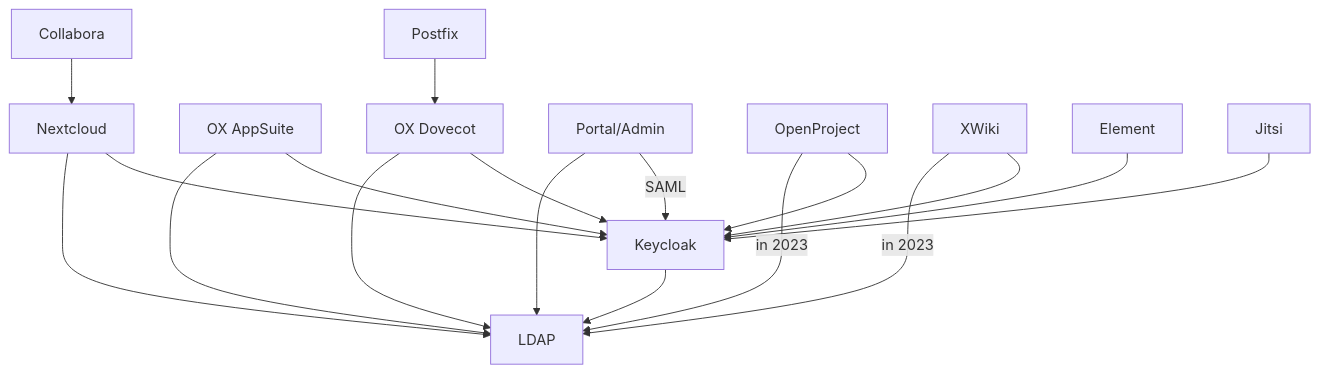
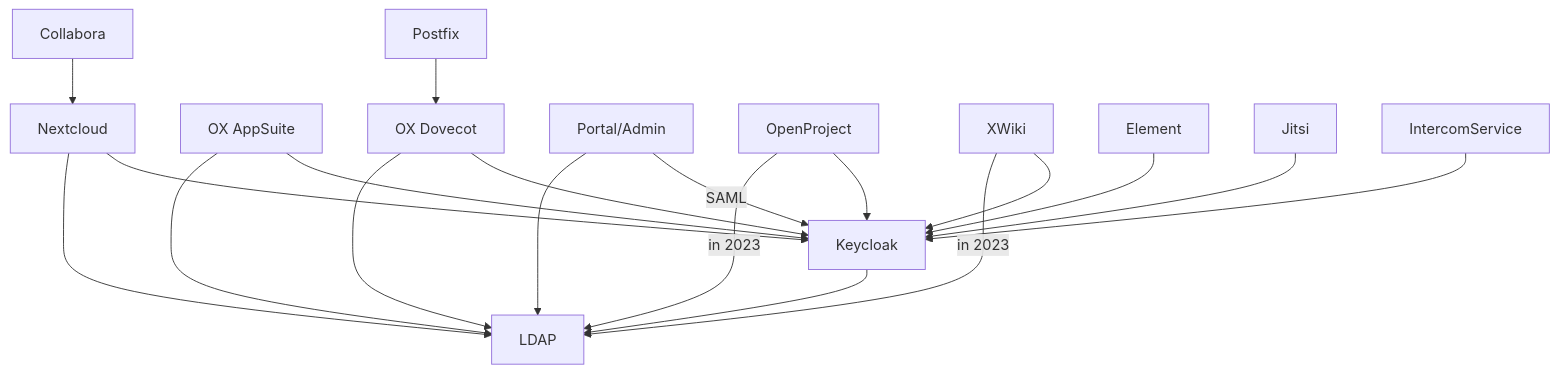
The second of 2 diagrams in README.md (tobias-weiss-ai-xr/opendesk-edu), drawn with Mermaid before and after one commit. The commit also changed other lines of this file and 2 other files, not shown here.

````diff
--- a/README.md
+++ b/README.md
@@ -249,20 +294,21 @@
 ```mermaid
 flowchart TD
     K[Keycloak]-->L[LDAP]
     N[Nextcloud]-->L
     A[OX AppSuite]-->L
     D[OX Dovecot]-->L
     P[Portal/Admin]-->L
     O[OpenProject]-->|in 2023|L
     X[XWiki]-->|in 2023|L
-    F[Postfix]-->D
     A-->K
     N-->K
     D-->K
     O-->K
     X-->K
     P-->|SAML|K
     E[Element]-->K
     J[Jitsi]-->K
+    I[IntercomService]-->K
     C[Collabora]-->N
+    F[Postfix]-->D
 ```
````
